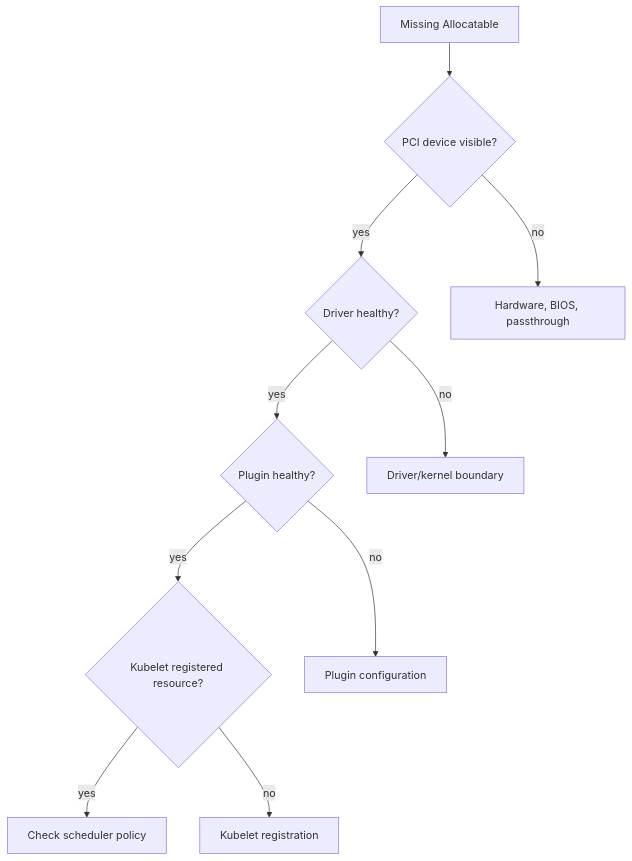
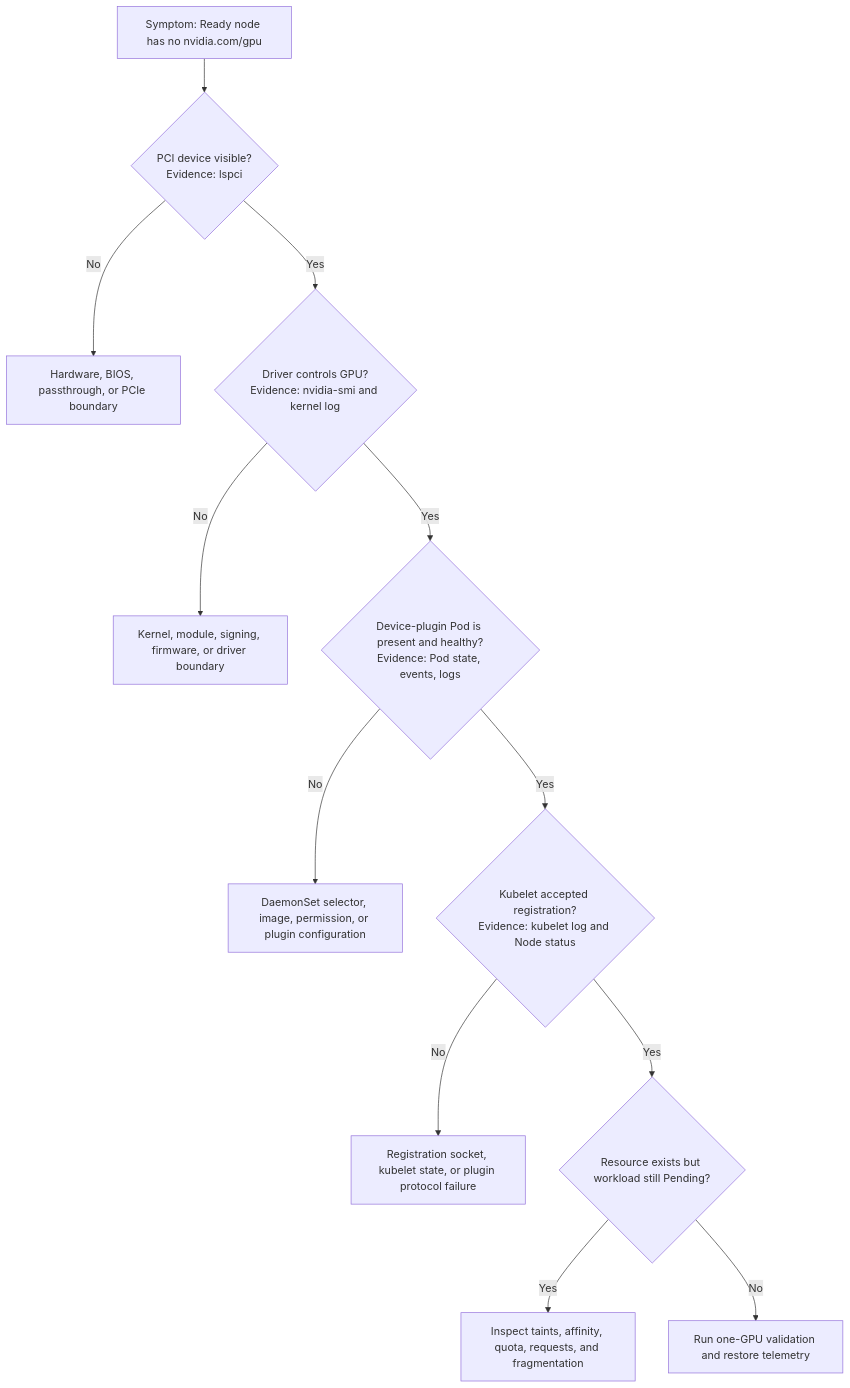
One commit to jithinpnjm/nvidia-devops changed the diagram in docs/nvidia-zero-to-hero/volume-10/labs/lab-03-diagnose-a-missing-allocatable-gpu.md. Above: the diagram before and after it, drawn with Mermaid. The commit also changed other lines of this file, not shown here.

Commit message:
docs(v10): add evidence-rich missing GPU diagnostic lab

````diff
--- a/docs/nvidia-zero-to-hero/volume-10/labs/lab-03-diagnose-a-missing-allocatable-gpu.md
+++ b/docs/nvidia-zero-to-hero/volume-10/labs/lab-03-diagnose-a-missing-allocatable-gpu.md
@@ -31,12 +37,14 @@
 ```mermaid
 flowchart TD
-  A[Missing Allocatable] --> B{PCI device visible?}
-  B -->|yes| C{Driver healthy?}
-  C -->|yes| D{Plugin healthy?}
-  D -->|yes| E{Kubelet registered resource?}
-  E -->|yes| F[Check scheduler policy]
-  B -->|no| H[Hardware, BIOS, passthrough]
-  C -->|no| I[Driver/kernel boundary]
-  D -->|no| J[Plugin configuration]
-  E -->|no| K[Kubelet registration]
+  A["Symptom: Ready node has no nvidia.com/gpu"] --> B{PCI device visible?<br/>Evidence: lspci}
+  B -->|No| B1[Hardware, BIOS, passthrough, or PCIe boundary]
+  B -->|Yes| C{Driver controls GPU?<br/>Evidence: nvidia-smi and kernel log}
+  C -->|No| C1[Kernel, module, signing, firmware, or driver boundary]
+  C -->|Yes| D{Device-plugin Pod is present and healthy?<br/>Evidence: Pod state, events, logs}
+  D -->|No| D1[DaemonSet selector, image, permission, or plugin configuration]
+  D -->|Yes| E{Kubelet accepted registration?<br/>Evidence: kubelet log and Node status}
+  E -->|No| E1[Registration socket, kubelet state, or plugin protocol failure]
+  E -->|Yes| F{Resource exists but workload still Pending?}
+  F -->|Yes| F1[Inspect taints, affinity, quota, requests, and fragmentation]
+  F -->|No| G[Run one-GPU validation and restore telemetry]
 ```
````
